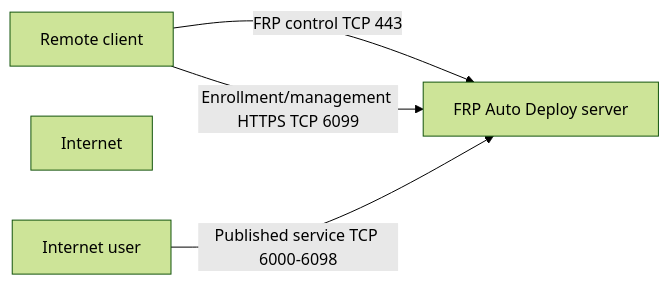
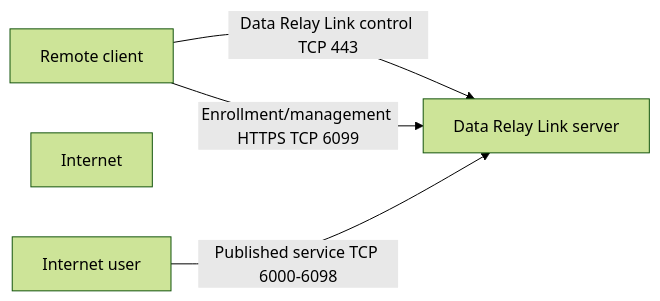
Before and after one commit to datarelay-labs/data-relay-link-docs: the second of 4 diagrams in deployment/modes.mdx, drawn with Mermaid (forest theme). The commit also changed other lines of this file and 36 other files, not shown here.

````diff
--- a/deployment/modes.mdx
+++ b/deployment/modes.mdx
@@ -29,11 +29,11 @@
 ```mermaid
 flowchart LR
     C[Remote client]
     I[Internet]
-    S[FRP Auto Deploy server]
+    S[Data Relay Link server]
     U[Internet user]
 
-    C -->|FRP control TCP 443| S
+    C -->|Data Relay Link control TCP 443| S
     C -->|Enrollment/management HTTPS TCP 6099| S
     U -->|Published service TCP 6000-6098| S
 ```
````
